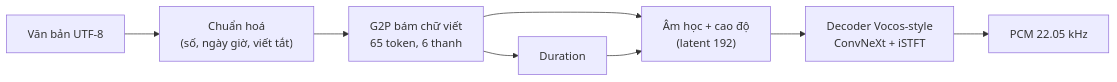
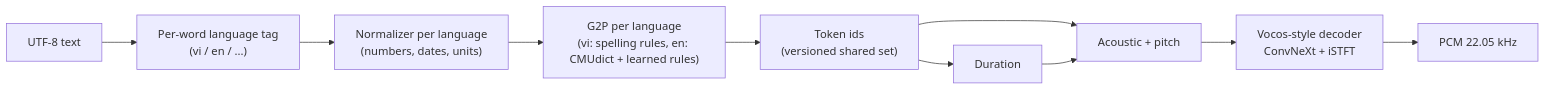
One commit to tuanpmt/vtts changed the diagram in README.md. Above: the diagram before and after it, drawn with Mermaid. The commit also changed other lines of this file and 1 other file, not shown here.

First line of the commit message:
README: English, global multilingual catalog (single-language and bilingual voices, quality and lite tiers); Vietnamese moved to README.vi.md

````diff
--- a/README.md
+++ b/README.md
@@ -96,10 +101,12 @@
 ```mermaid
 flowchart LR
-    T["Văn bản UTF-8"] --> N["Chuẩn hoá<br/>(số, ngày giờ, viết tắt)"]
-    N --> G["G2P bám chữ viết<br/>65 token, 6 thanh"]
-    G --> D["Duration"]
-    G --> A["Âm học + cao độ<br/>(latent 192)"]
+    T["UTF-8 text"] --> L["Per-word language tag<br/>(vi / en / ...)"]
+    L --> N["Normalizer per language<br/>(numbers, dates, units)"]
+    N --> G["G2P per language<br/>(vi: spelling rules, en: CMUdict + learned rules)"]
+    G --> I["Token ids<br/>(versioned shared set)"]
+    I --> D["Duration"]
+    I --> A["Acoustic + pitch"]
     D --> A
-    A --> V["Decoder Vocos-style<br/>ConvNeXt + iSTFT"]
+    A --> V["Vocos-style decoder<br/>ConvNeXt + iSTFT"]
     V --> P["PCM 22.05 kHz"]
 ```
````
